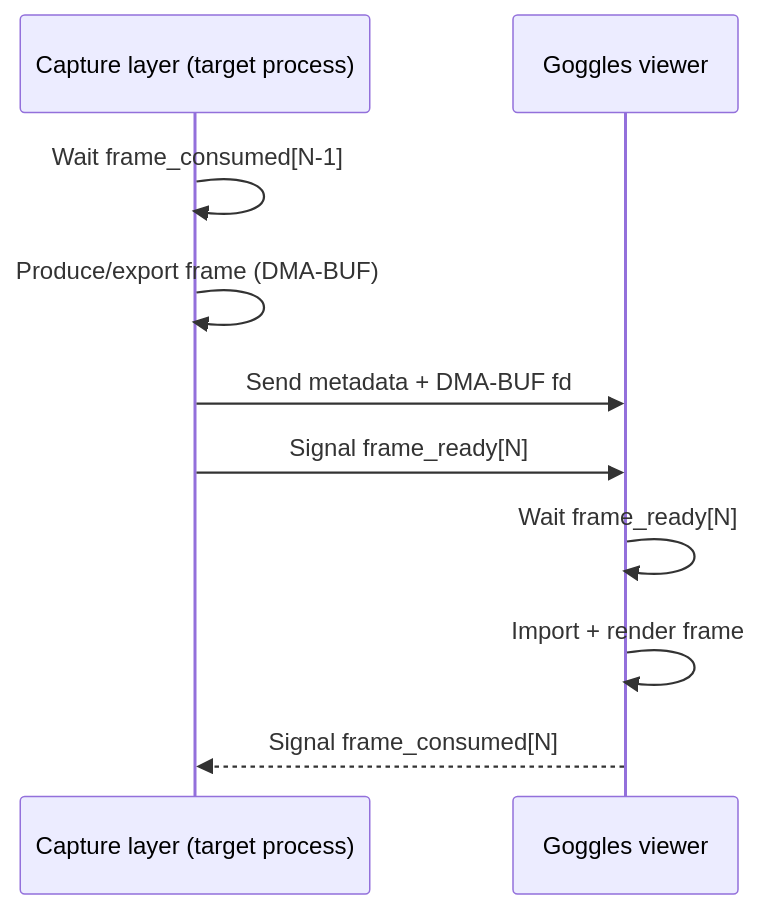
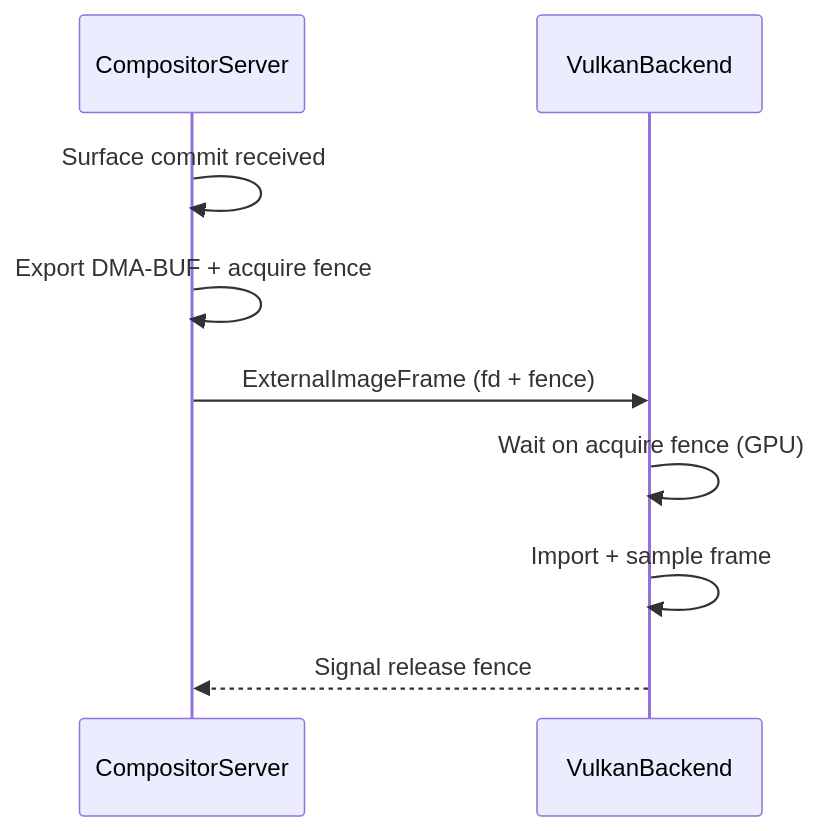
Before and after one commit to K1ngst0m/Goggles: the second of 2 diagrams in docs/dmabuf_sharing.md, drawn with Mermaid. The commit also changed other lines of this file and 72 other files, not shown here.

First line of the commit message:
refactor(capture): drop vk layer capture in favor of compositor

````diff
--- a/docs/dmabuf_sharing.md
+++ b/docs/dmabuf_sharing.md
@@ -133,14 +114,13 @@
 ```mermaid
 sequenceDiagram
-  participant Layer as Capture layer (target process)
-  participant Viewer as Goggles viewer
+  participant Compositor as CompositorServer
+  participant Backend as VulkanBackend
 
-  Layer->>Layer: Wait frame_consumed[N-1]
-  Layer->>Layer: Produce/export frame (DMA-BUF)
-  Layer->>Viewer: Send metadata + DMA-BUF fd
-  Layer->>Viewer: Signal frame_ready[N]
+  Compositor->>Compositor: Surface commit received
+  Compositor->>Compositor: Export DMA-BUF + acquire fence
+  Compositor->>Backend: ExternalImageFrame (fd + fence)
 
-  Viewer->>Viewer: Wait frame_ready[N]
-  Viewer->>Viewer: Import + render frame
-  Viewer-->>Layer: Signal frame_consumed[N]
+  Backend->>Backend: Wait on acquire fence (GPU)
+  Backend->>Backend: Import + sample frame
+  Backend-->>Compositor: Signal release fence
 ```
````
